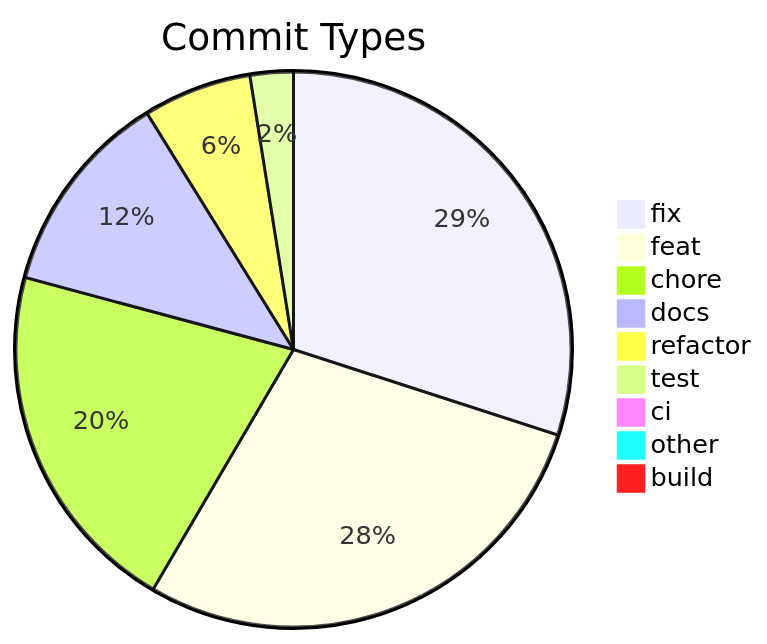
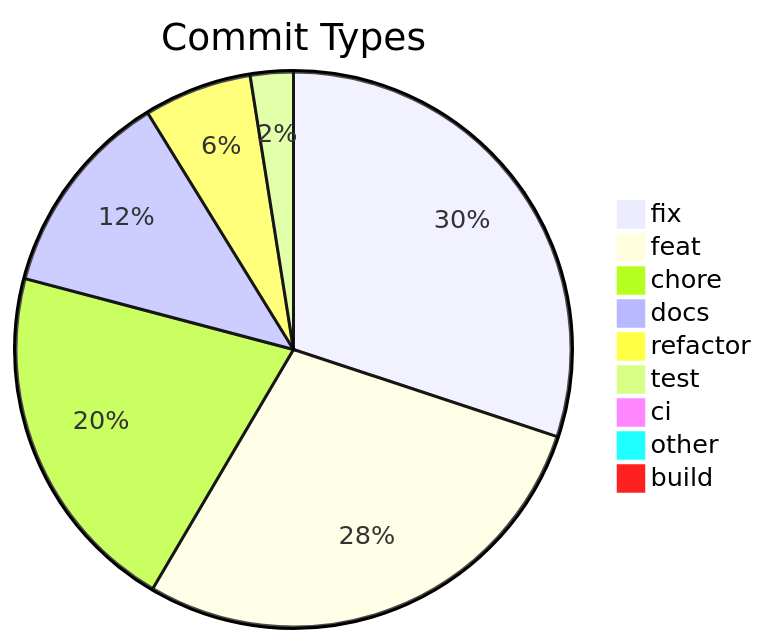
One commit to svenroth-ai/shipwright changed the diagram in .shipwright/compliance/change-history.md. Above: the diagram before and after it, drawn with Mermaid. The commit also changed other lines of this file and 42 other files, not shown here.

````diff
--- a/.shipwright/compliance/change-history.md
+++ b/.shipwright/compliance/change-history.md
@@ -10,12 +10,12 @@
 ```mermaid
 pie title Commit Types
-    "fix" : 370
-    "feat" : 351
+    "fix" : 373
+    "feat" : 352
     "chore" : 256
-    "docs" : 148
+    "docs" : 150
     "refactor" : 78
     "test" : 31
     "ci" : 11
     "other" : 9
     "build" : 1
 ```
````
